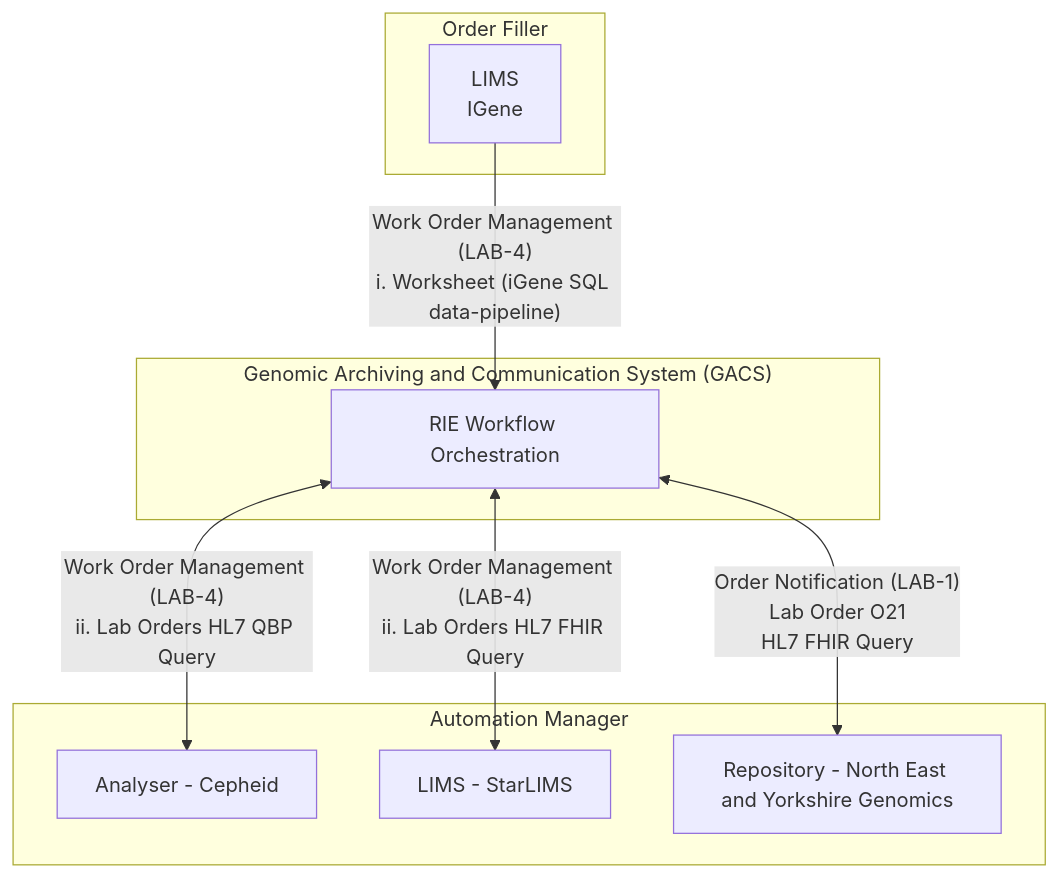
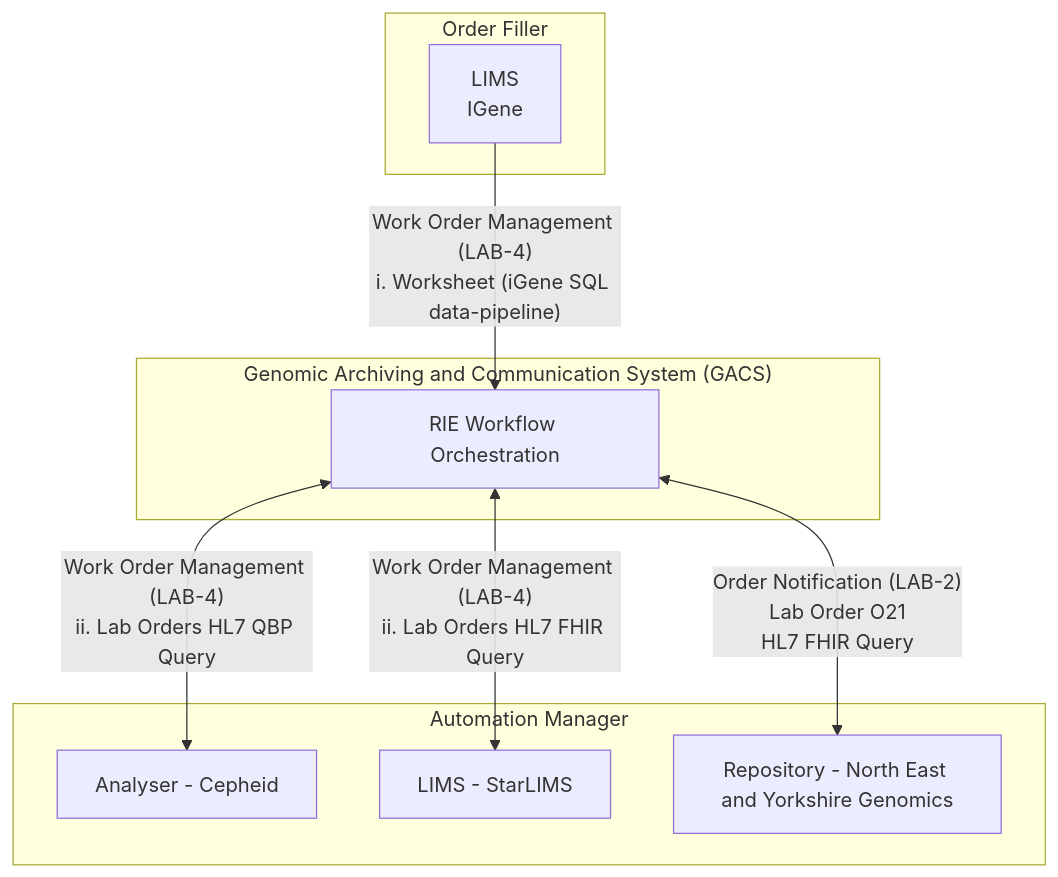
The third of 4 diagrams in input/pagecontent/LTW.md (nw-gmsa/nw-gmsa.github.com), drawn with Mermaid before and after one commit. The commit also changed other lines of this file and 1 other file, not shown here.

````diff
--- a/input/pagecontent/LTW.md
+++ b/input/pagecontent/LTW.md
@@ -314,30 +317,30 @@
 ```mermaid
 graph TD
 
 
 subgraph GenomicLIMS["Order Filler"];
     iGene[LIMS<br/>IGene]
 end
 
 subgraph HIE["Genomic Archiving and Communication System (GACS)"];
     RIE4["RIE Workflow Orchestration"]
 end
 
 
 subgraph Analyser["Automation Manager"];
     Cepheid[Analyser - Cepheid]
     StarLIMS[LIMS - StarLIMS]
     NEY["Repository - North East and Yorkshire Genomics"]
 end
 
 iGene --> |"Work Order Management (LAB-4)<br/>i. Worksheet (iGene SQL data-pipeline)"| RIE4
 RIE4 <--> |"Work Order Management (LAB-4)<br/>ii. Lab Orders HL7 QBP Query"| Cepheid
 RIE4 <--> |"Work Order Management (LAB-4)<br/>ii. Lab Orders HL7 FHIR Query"| StarLIMS
-RIE4 <--> |"Order Notification (LAB-1)<br/> Lab Order O21<br/>HL7 FHIR Query"| NEY 
+RIE4 <--> |"Order Notification (LAB-2)<br/> Lab Order O21<br/>HL7 FHIR Query"| NEY 
 
 
 classDef purple fill:#E1D5E7;
 classDef pink fill:#F8CECC;
 
 class GDR,RIE,VCFFHIR pink;
 ```
````
